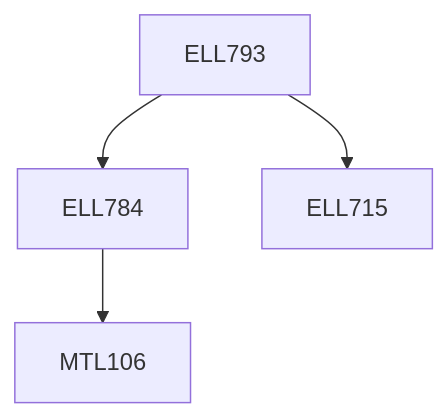
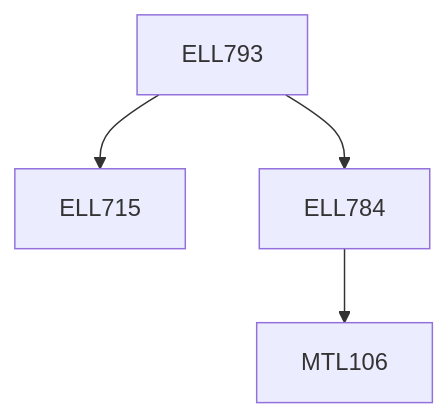
One commit to KeshavBansal0122/CoS_Website changed the diagram in content/Electrical Engineering/ELL793.md. Above: the diagram before and after it, drawn with Mermaid. The commit also changed other lines of this file and 392 other files, not shown here.

````diff
--- a/content/Electrical Engineering/ELL793.md
+++ b/content/Electrical Engineering/ELL793.md
@@ -15,10 +15,10 @@
 ```mermaid
 flowchart TD
 ELL793-375[ELL793]
-ELL793-375 --> ELL784-375[ELL784]
 ELL793-375 --> ELL715-375[ELL715]
 ELL784-375 --> MTL106-375[MTL106]
+ELL793-375 --> ELL784-375[ELL784]
 
 classDef empty height:17px, fill:transparent, stroke:transparent;
 classDef trueEmpty height:0px, width:0px;
 ```
````
